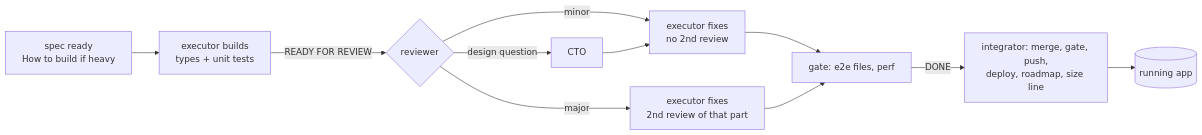
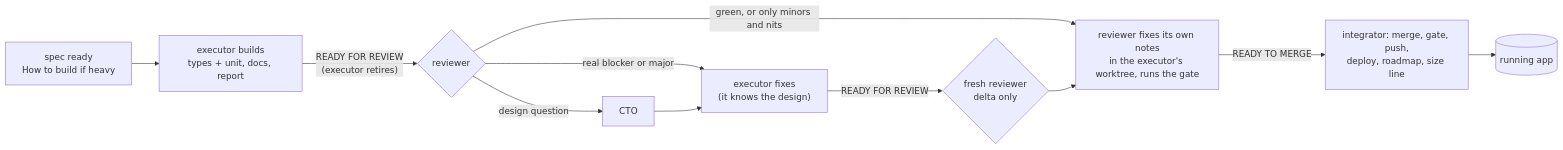
One commit to Squikle/vibecode.md changed the fourth of 5 diagrams in README.md. Above: the diagram before and after it, drawn with Mermaid. The commit also changed other lines of this file and 8 other files, not shown here.

Commit message:
New review flow: the reviewer fixes its own notes and runs the gate, the executor retires at READY FOR REVIEW, and only a real major goes back for a delta review. Reviews tag blockers and majors by cause, one file per round, and the CTO counts the tags.

````diff
--- a/README.md
+++ b/README.md
@@ -77,13 +77,13 @@
 ```mermaid
 flowchart LR
-  A[spec ready<br/>How to build if heavy] --> B[executor builds<br/>types + unit tests]
-  B -->|READY FOR REVIEW| R{reviewer}
-  R -->|minor| F[executor fixes<br/>no 2nd review]
-  R -->|major| F2[executor fixes<br/>2nd review of that part]
+  A["spec ready<br/>How to build if heavy"] --> B["executor builds<br/>types + unit, docs, report"]
+  B -->|"READY FOR REVIEW<br/>(executor retires)"| R{reviewer}
+  R -->|"green, or only minors and nits"| F["reviewer fixes its own notes<br/>in the executor's worktree, runs the gate"]
+  F -->|"READY TO MERGE"| I["integrator: merge, gate, push,<br/>deploy, roadmap, size line"]
+  R -->|"real blocker or major"| E2["executor fixes<br/>(it knows the design)"]
+  E2 -->|"READY FOR REVIEW"| R2{"fresh reviewer<br/>delta only"}
+  R2 --> F
   R -->|design question| T[CTO]
-  T --> F
-  F --> GT[gate: e2e files, perf]
-  F2 --> GT
-  GT -->|DONE| I[integrator: merge, gate, push,<br/>deploy, roadmap, size line]
+  T --> E2
   I --> APP[(running app)]
 ```
````
